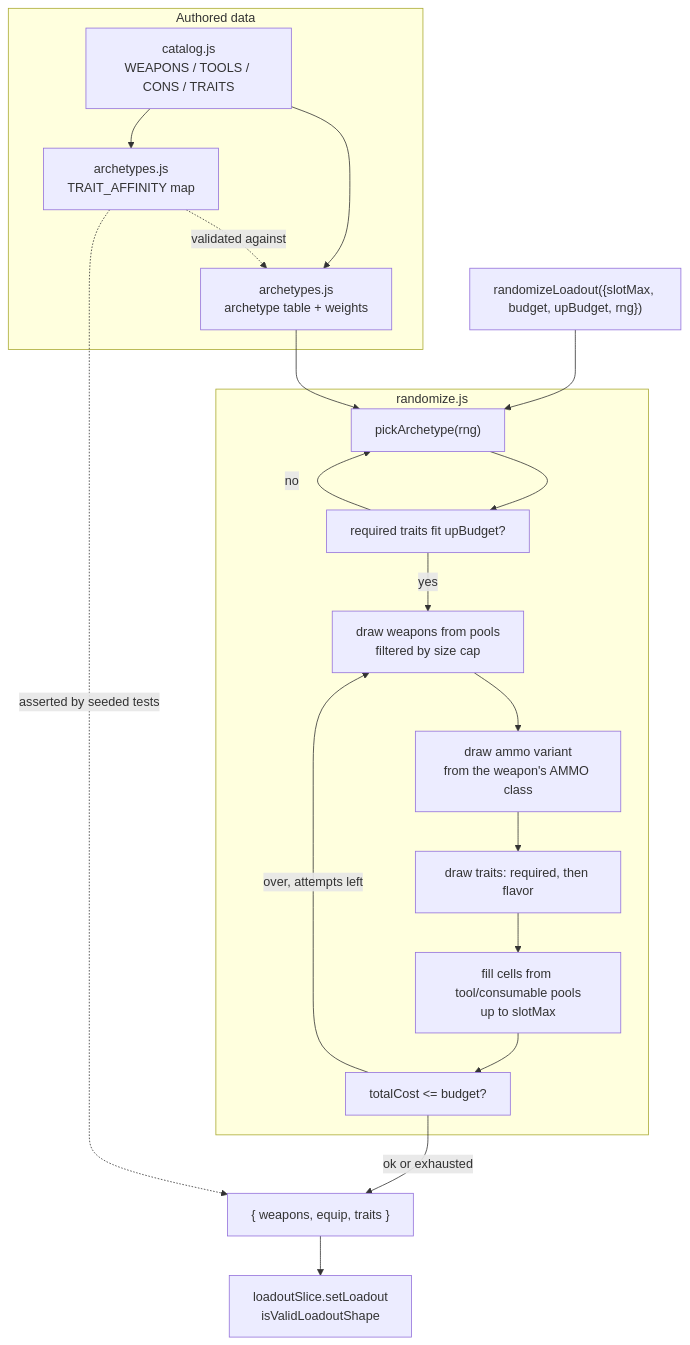
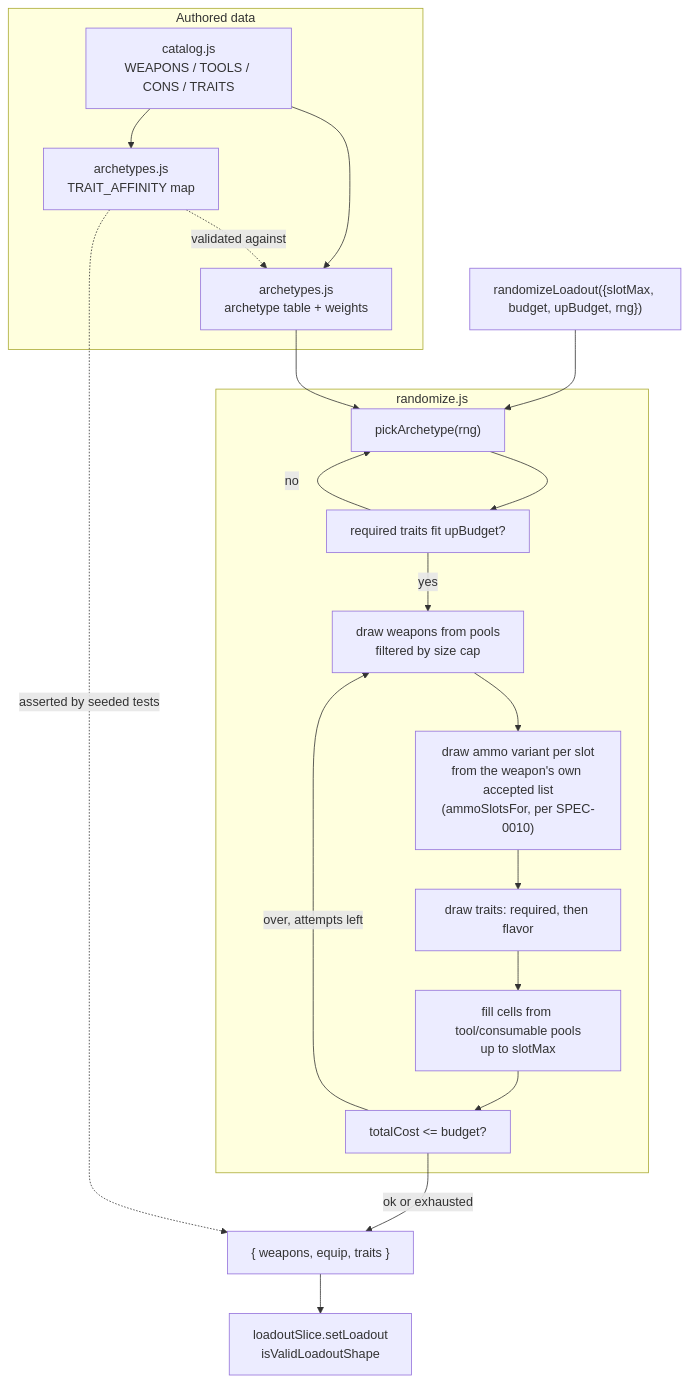
One commit to jonstump/the-outfitter changed the diagram in docs/openspec/specs/loadout-randomization/design.md. Above: the diagram before and after it, drawn with Mermaid. The commit also changed other lines of this file and 13 other files, not shown here.

````diff
--- a/docs/openspec/specs/loadout-randomization/design.md
+++ b/docs/openspec/specs/loadout-randomization/design.md
@@ -91,34 +103,34 @@
 ```mermaid
 graph TD
     subgraph data["Authored data"]
         AT["archetypes.js<br/>archetype table + weights"]
         AF["archetypes.js<br/>TRAIT_AFFINITY map"]
         CAT["catalog.js<br/>WEAPONS / TOOLS / CONS / TRAITS"]
     end
 
     subgraph gen["randomize.js"]
         SEL["pickArchetype(rng)"]
         UPCK["required traits fit upBudget?"]
         W["draw weapons from pools<br/>filtered by size cap"]
-        AM["draw ammo variant<br/>from the weapon's AMMO class"]
+        AM["draw ammo variant per slot<br/>from the weapon's own accepted list<br/>(ammoSlotsFor, per SPEC-0010)"]
         TR["draw traits: required, then flavor"]
         EQ["fill cells from tool/consumable pools<br/>up to slotMax"]
         BUD["totalCost <= budget?"]
     end
 
     AT --> SEL
     CAT --> AT
     CAT --> AF
     AF -.->|validated against| AT
 
     IN["randomizeLoadout({slotMax, budget, upBudget, rng})"] --> SEL
     SEL --> UPCK
     UPCK -->|no| SEL
     UPCK -->|yes| W
     W --> AM --> TR --> EQ --> BUD
     BUD -->|over, attempts left| W
     BUD -->|ok or exhausted| OUT["{ weapons, equip, traits }"]
     OUT --> STORE["loadoutSlice.setLoadout<br/>isValidLoadoutShape"]
 
     AF -.->|asserted by seeded tests| OUT
 ```
````
